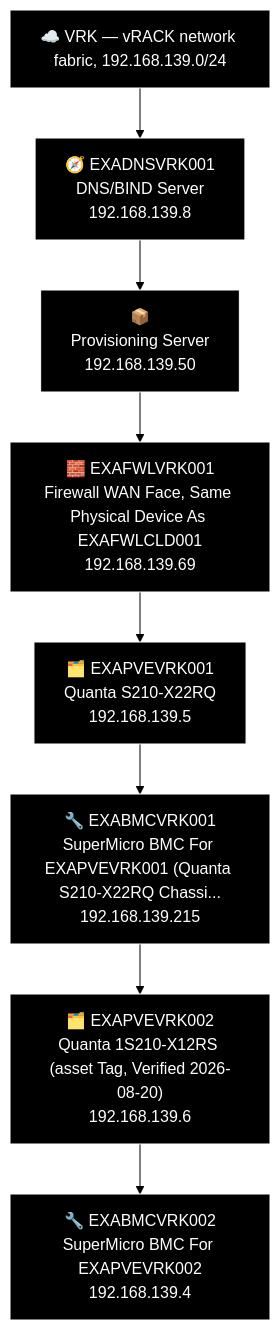
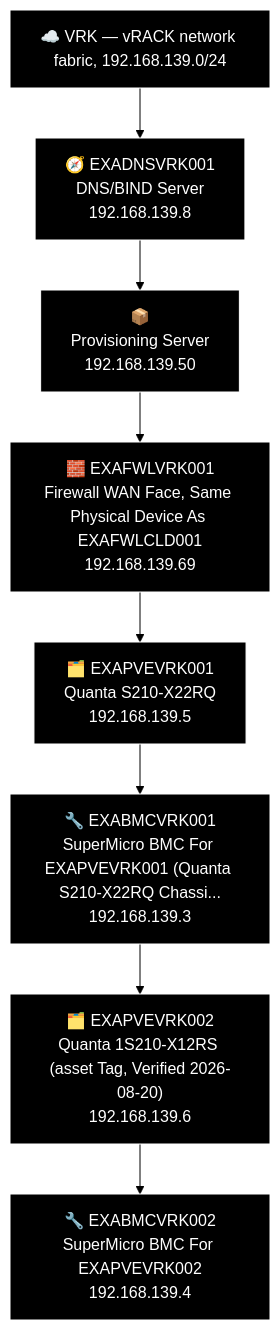
Before and after one commit to knightmare2600/example_music_infra: the diagram in docs/network-diagram/vrk.md, drawn with Mermaid (forest theme). The commit also changed 4 other files, not shown here.

````diff
--- a/docs/network-diagram/vrk.md
+++ b/docs/network-diagram/vrk.md
@@ -31,23 +31,23 @@
 ```mermaid
 %% GENERATED:TOPOLOGY:VRK:START
 %%{init: {'flowchart': {'curve': 'stepAfter'}}}%%
 graph TD
     T_VRK["☁️ VRK — vRACK network fabric, 192.168.139.0/24"]
     T_DNS["🧭 EXADNSVRK001<br/>DNS/BIND Server<br/>192.168.139.8"]
     T_TMP["📦<br/>Provisioning Server<br/>192.168.139.50"]
     T_FWL["🧱 EXAFWLVRK001<br/>Firewall WAN Face, Same Physical Device As EXAFWLCLD001<br/>192.168.139.69"]
     T_PVE["🗂️ EXAPVEVRK001<br/>Quanta S210-X22RQ<br/>192.168.139.5"]
-    T_BMC["🔧 EXABMCVRK001<br/>SuperMicro BMC For EXAPVEVRK001 (Quanta S210-X22RQ Chassi...<br/>192.168.139.215"]
+    T_BMC["🔧 EXABMCVRK001<br/>SuperMicro BMC For EXAPVEVRK001 (Quanta S210-X22RQ Chassi...<br/>192.168.139.3"]
     T_PVE2["🗂️ EXAPVEVRK002<br/>Quanta 1S210-X12RS (asset Tag, Verified 2026-08-20)<br/>192.168.139.6"]
     T_BMC2["🔧 EXABMCVRK002<br/>SuperMicro BMC For EXAPVEVRK002<br/>192.168.139.4"]
     T_VRK --> T_DNS --> T_TMP --> T_FWL --> T_PVE --> T_BMC --> T_PVE2 --> T_BMC2
     style T_VRK fill:#000000,stroke:#FFFFFF,color:#FFFFFF
     style T_DNS fill:#000000,stroke:#FFFFFF,color:#FFFFFF
     style T_TMP fill:#000000,stroke:#FFFFFF,color:#FFFFFF
     style T_FWL fill:#000000,stroke:#FFFFFF,color:#FFFFFF
     style T_PVE fill:#000000,stroke:#FFFFFF,color:#FFFFFF
     style T_BMC fill:#000000,stroke:#FFFFFF,color:#FFFFFF
     style T_PVE2 fill:#000000,stroke:#FFFFFF,color:#FFFFFF
     style T_BMC2 fill:#000000,stroke:#FFFFFF,color:#FFFFFF
 %% GENERATED:TOPOLOGY:VRK:END
 ```
````
